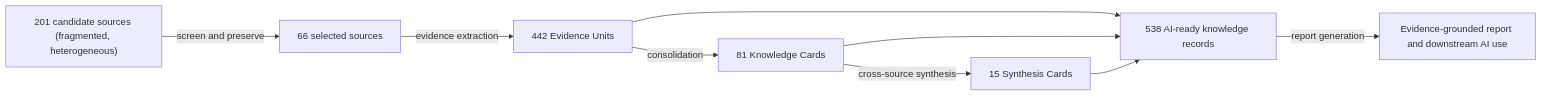
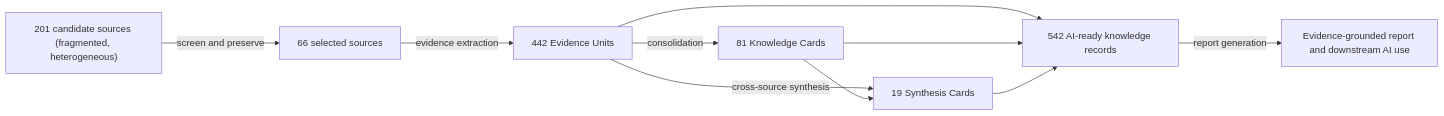
One commit to ZihanZheng2000/reservoir-knowledge-base-design changed the diagram in README.md. Above: the diagram before and after it, drawn with Mermaid. The commit also changed other lines of this file and 85 other files, not shown here.

````diff
--- a/README.md
+++ b/README.md
@@ -80,11 +80,12 @@
 ```mermaid
 flowchart LR
     A["201 candidate sources (fragmented, heterogeneous)"] -->|screen and preserve| B["66 selected sources"]
     B -->|evidence extraction| C["442 Evidence Units"]
     C -->|consolidation| D["81 Knowledge Cards"]
-    D -->|cross-source synthesis| E["15 Synthesis Cards"]
-    C --> F["538 AI-ready knowledge records"]
+    C -->|cross-source synthesis| E["19 Synthesis Cards"]
+    D --> E
+    C --> F["542 AI-ready knowledge records"]
     D --> F
     E --> F
     F -->|report generation| G["Evidence-grounded report and downstream AI use"]
 ```
````
